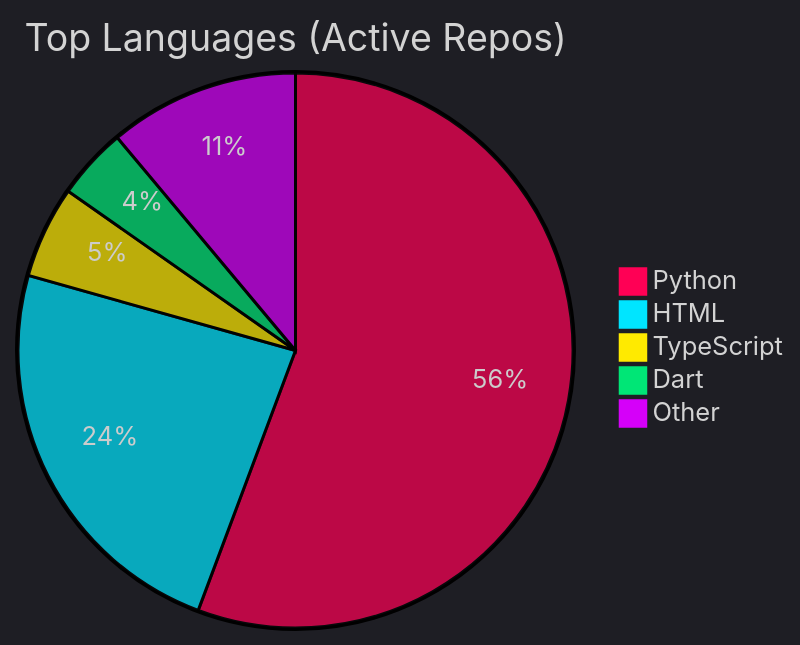
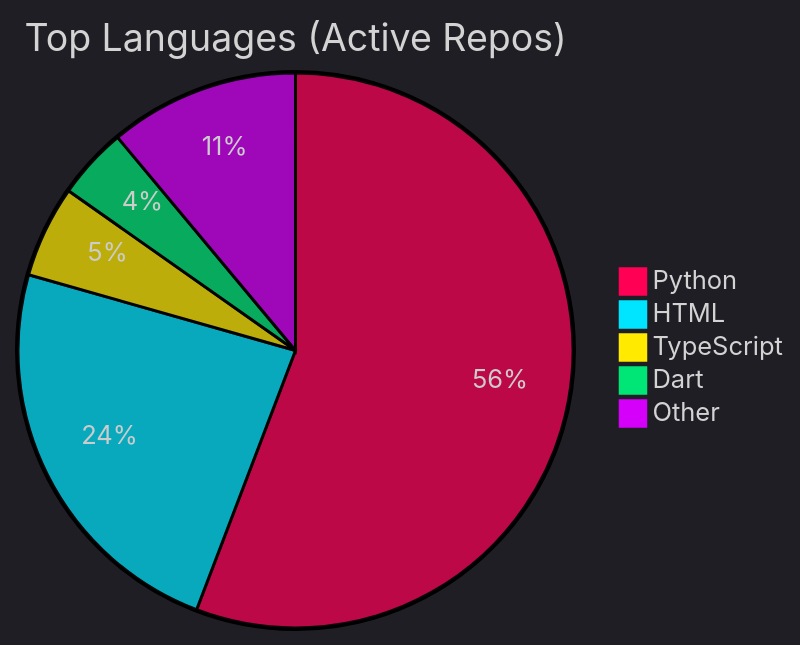
Before and after one commit to Nzettodess/Nzettodess: the diagram in README.md, drawn with Mermaid. The commit also changed other lines of this file, not shown here.

Commit message:
Update recent activity [skip ci]

````diff
--- a/README.md
+++ b/README.md
@@ -35,9 +35,9 @@
 ```mermaid
 %%{init: {'theme': 'dark', 'themeVariables': { 'pie1': '#FF0055', 'pie2': '#00E5FF', 'pie3': '#FFEA00', 'pie4': '#00E676', 'pie5': '#D500F9' }}}%%
 pie title Top Languages (Active Repos)
-    "Python" : 55.70
-    "HTML" : 23.66
-    "TypeScript" : 5.37
-    "Dart" : 4.18
-    "Other" : 11.09
+    "Python" : 55.80
+    "HTML" : 23.60
+    "TypeScript" : 5.36
+    "Dart" : 4.17
+    "Other" : 11.07
 ```
````
